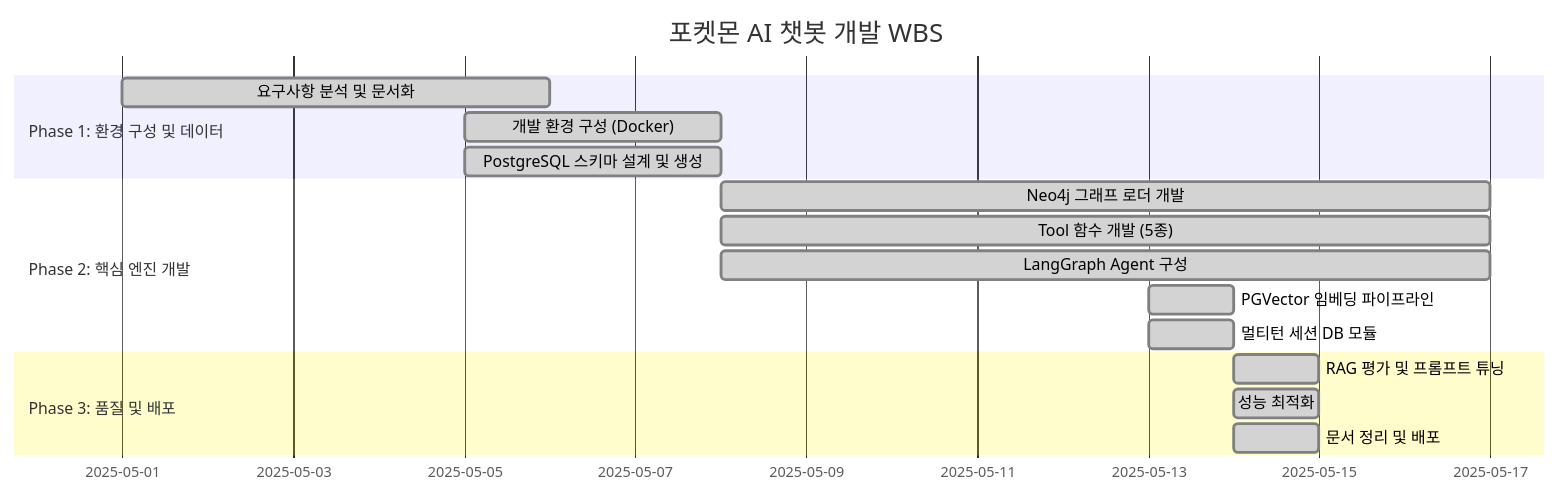
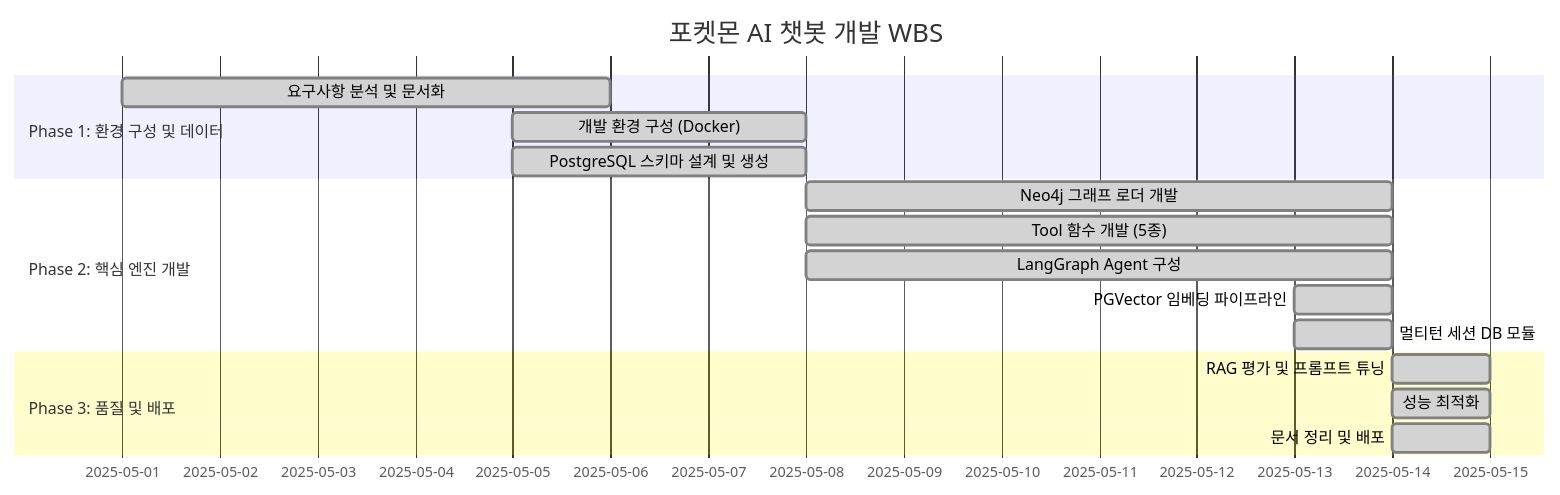
Before and after one commit to SKNETWORKS-FAMILY-AICAMP/SKN27-3rd-3TEAM: the diagram in docs/챗봇/09_WBS.md, drawn with Mermaid.

````diff
--- a/docs/챗봇/09_WBS.md
+++ b/docs/챗봇/09_WBS.md
@@ -12,21 +12,21 @@
 ```mermaid
 gantt
     title 포켓몬 AI 챗봇 개발 WBS
     dateFormat  YYYY-MM-DD
     section Phase 1: 환경 구성 및 데이터
         요구사항 분석 및 문서화         :done,    p1-1, 2025-05-01, 5d
         개발 환경 구성 (Docker)         :done,    p1-2, 2025-05-05, 3d
         PostgreSQL 스키마 설계 및 생성  :done,    p1-3, 2025-05-05, 3d
 
     section Phase 2: 핵심 엔진 개발
-        Neo4j 그래프 로더 개발         :done,  p2-2, 2025-05-08, 9d
-        Tool 함수 개발 (5종)           :done,     p2-3, 2025-05-08, 9d
-        LangGraph Agent 구성          :done,        p2-4, 2025-05-08, 9d
+        Neo4j 그래프 로더 개발         :done,  p2-2, 2025-05-08, 6d
+        Tool 함수 개발 (5종)           :done,     p2-3, 2025-05-08, 6d
+        LangGraph Agent 구성          :done,        p2-4, 2025-05-08, 6d
         PGVector 임베딩 파이프라인     :done,  p2-1, 2025-05-13, 1d
         멀티턴 세션 DB 모듈            :done,p2-5, 2025-05-13, 1d
 
     section Phase 3: 품질 및 배포
         RAG 평가 및 프롬프트 튜닝       :done,         p4-1, 2025-05-14, 1d
         성능 최적화                    :done,         p4-2, 2025-05-14, 1d
         문서 정리 및 배포              :done,         p4-3, 2025-05-14, 1d
 ```
````
